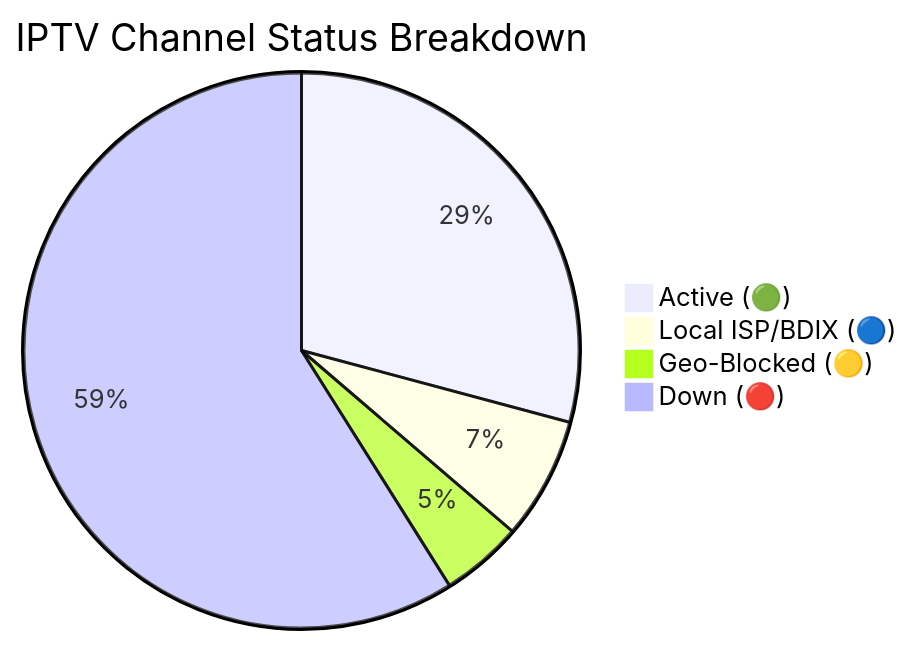
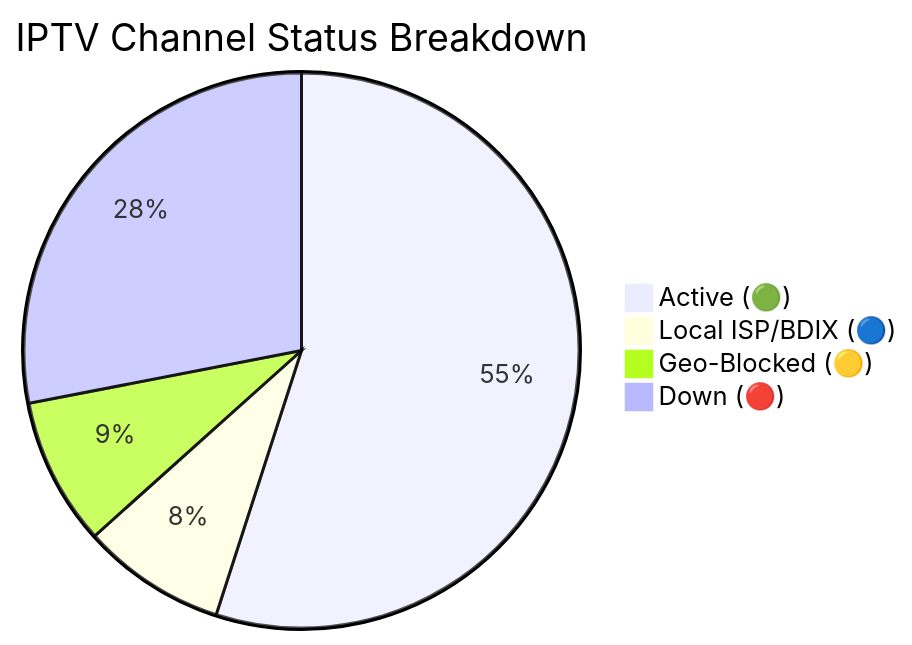
The diagram in README.md (Zaman-Topu/Ip-tv-Collection), drawn with Mermaid before and after one commit. The commit also changed other lines of this file and 6 other files, not shown here.

````diff
--- a/README.md
+++ b/README.md
@@ -149,7 +149,7 @@
 ```mermaid
 pie title IPTV Channel Status Breakdown
-    "Active (🟢)" : 10948
-    "Local ISP/BDIX (🔵)" : 2673
-    "Geo-Blocked (🟡)" : 1791
-    "Down (🔴)" : 22126
+    "Active (🟢)" : 10646
+    "Local ISP/BDIX (🔵)" : 1626
+    "Geo-Blocked (🟡)" : 1663
+    "Down (🔴)" : 5432
 ```
````
